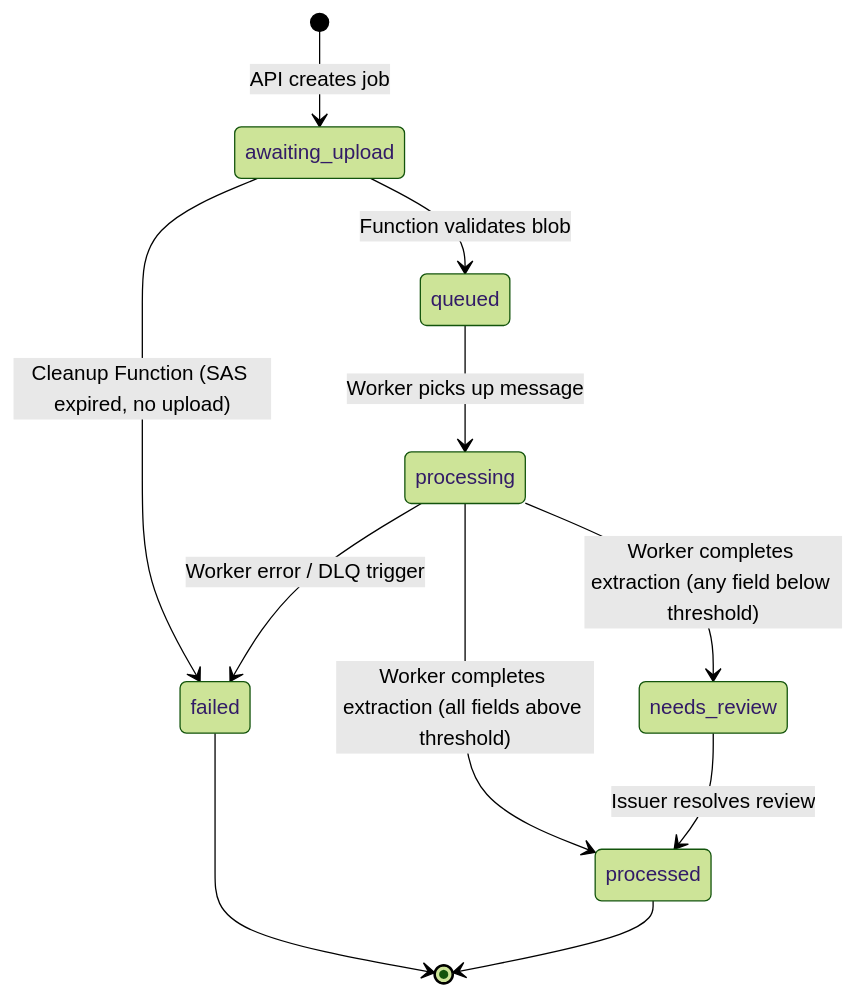
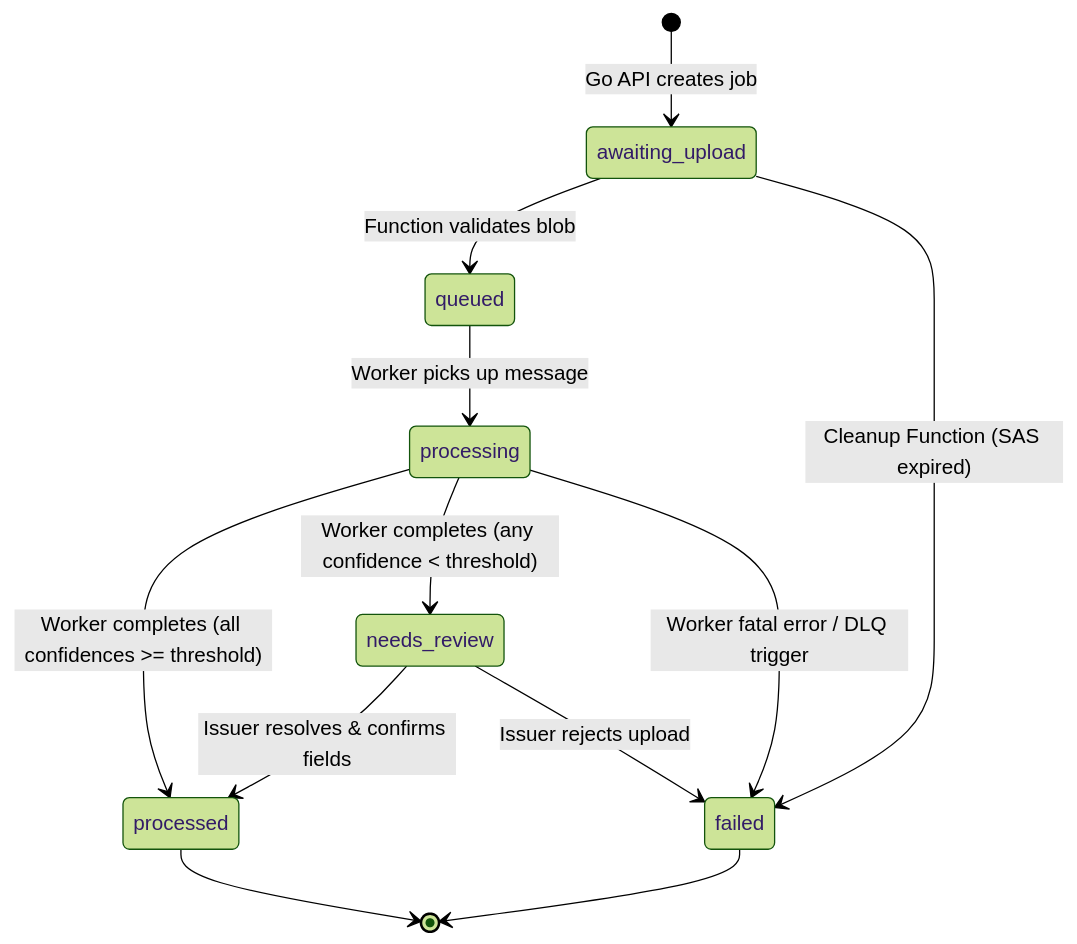
The diagram in docs/CONTRACTS.md (Destroyer795/Credenviel), drawn with Mermaid (forest theme) before and after one commit. The commit also changed other lines of this file, not shown here.

````diff
--- a/docs/CONTRACTS.md
+++ b/docs/CONTRACTS.md
@@ -52,13 +70,14 @@
 ```mermaid
 stateDiagram-v2
-    [*] --> awaiting_upload : API creates job
+    [*] --> awaiting_upload : Go API creates job
     awaiting_upload --> queued : Function validates blob
-    awaiting_upload --> failed : Cleanup Function (SAS expired, no upload)
+    awaiting_upload --> failed : Cleanup Function (SAS expired)
     queued --> processing : Worker picks up message
-    processing --> processed : Worker completes extraction (all fields above threshold)
-    processing --> needs_review : Worker completes extraction (any field below threshold)
-    processing --> failed : Worker error / DLQ trigger
-    needs_review --> processed : Issuer resolves review
+    processing --> processed : Worker completes (all confidences >= threshold)
+    processing --> needs_review : Worker completes (any confidence < threshold)
+    processing --> failed : Worker fatal error / DLQ trigger
+    needs_review --> processed : Issuer resolves & confirms fields
+    needs_review --> failed : Issuer rejects upload
     failed --> [*]
     processed --> [*]
 ```
````
